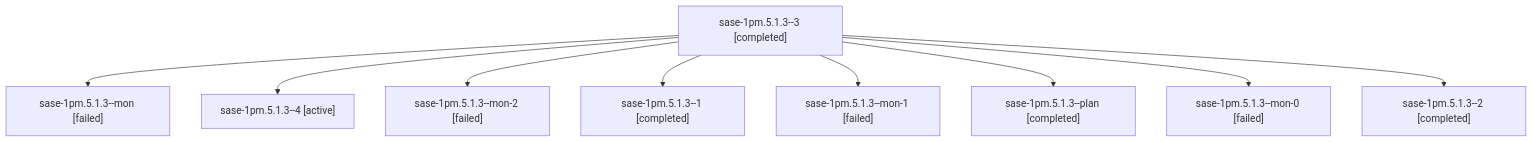
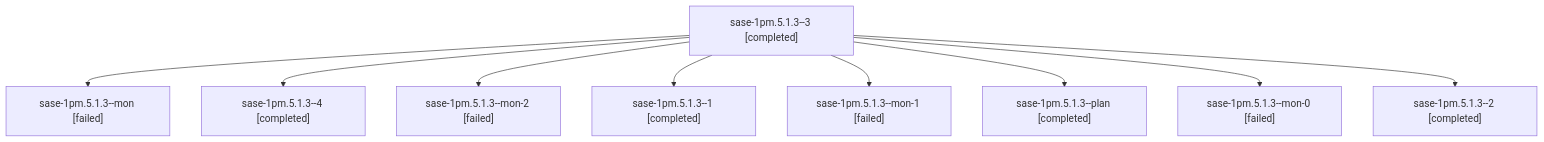
The diagram in sessions/bbugyi200.athena.sase-1pm.5.1.3.md (sase-org/sase--agents), drawn with Mermaid before and after one commit. The commit also changed other lines of this file and 143 other files, not shown here.

````diff
--- a/sessions/bbugyi200.athena.sase-1pm.5.1.3.md
+++ b/sessions/bbugyi200.athena.sase-1pm.5.1.3.md
@@ -9,20 +9,20 @@
 ```mermaid
 flowchart TD
   n0["sase-1pm.5.1.3--3 [completed]"]
   n1["sase-1pm.5.1.3--mon [failed]"]
   n0 --> n1
-  n2["sase-1pm.5.1.3--4 [active]"]
+  n2["sase-1pm.5.1.3--4 [completed]"]
   n0 --> n2
   n3["sase-1pm.5.1.3--mon-2 [failed]"]
   n0 --> n3
   n4["sase-1pm.5.1.3--1 [completed]"]
   n0 --> n4
   n5["sase-1pm.5.1.3--mon-1 [failed]"]
   n0 --> n5
   n6["sase-1pm.5.1.3--plan [completed]"]
   n0 --> n6
   n7["sase-1pm.5.1.3--mon-0 [failed]"]
   n0 --> n7
   n8["sase-1pm.5.1.3--2 [completed]"]
   n0 --> n8
 ```
````
